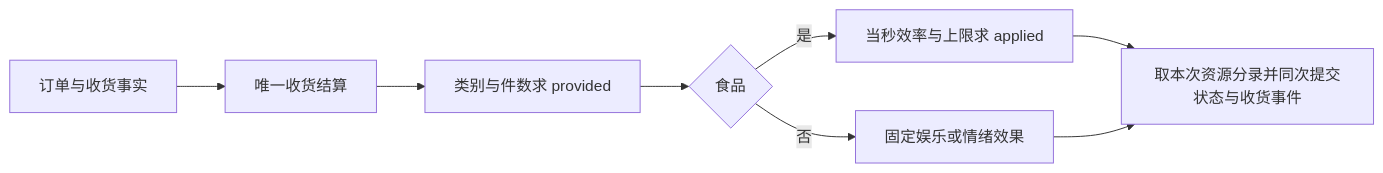
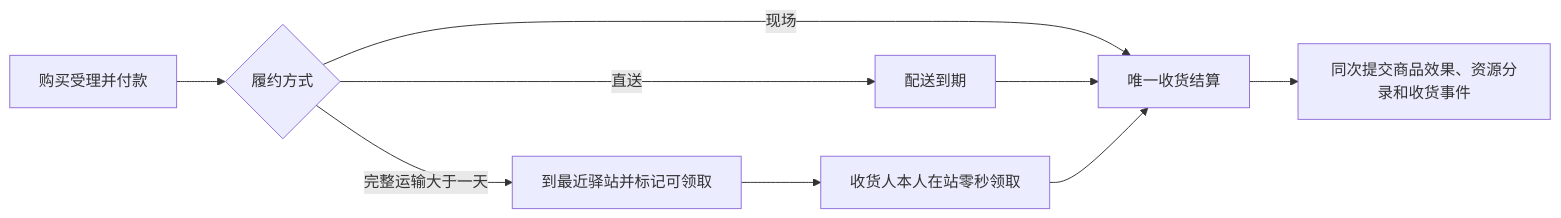
One commit to HoldThatThgt/WorldMock changed the second of 2 diagrams in docs/design/02-exchange-engine.md. Above: the diagram before and after it, drawn with Mermaid. The commit also changed other lines of this file and 289 other files, not shown here.

````diff
--- a/docs/design/02-exchange-engine.md
+++ b/docs/design/02-exchange-engine.md
@@ -250,9 +276,11 @@
 ```mermaid
 flowchart LR
-    O[订单与收货事实] --> R[唯一收货结算]
-    R --> Q[类别与件数求 provided]
-    Q --> F{食品}
-    F -->|是| B[当秒效率与上限求 applied]
-    F -->|否| N[固定娱乐或情绪效果]
-    B & N --> E[取本次资源分录并同次提交状态与收货事件]
+    P[购买受理并付款] --> F{履约方式}
+    F -->|现场| R[唯一收货结算]
+    F -->|直送| D[配送到期]
+    D --> R
+    F -->|完整运输大于一天| S[到最近驿站并标记可领取]
+    S --> C[收货人本人在站零秒领取]
+    C --> R
+    R --> E[同次提交商品效果、资源分录和收货事件]
 ```
````
